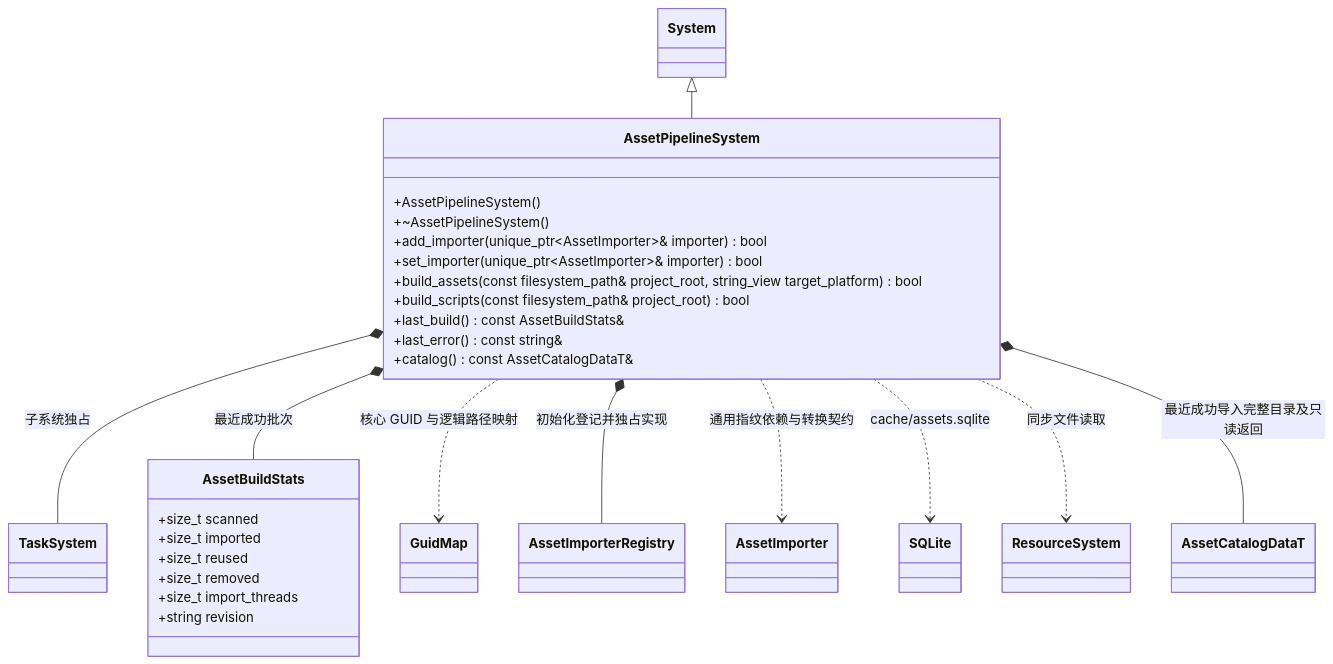
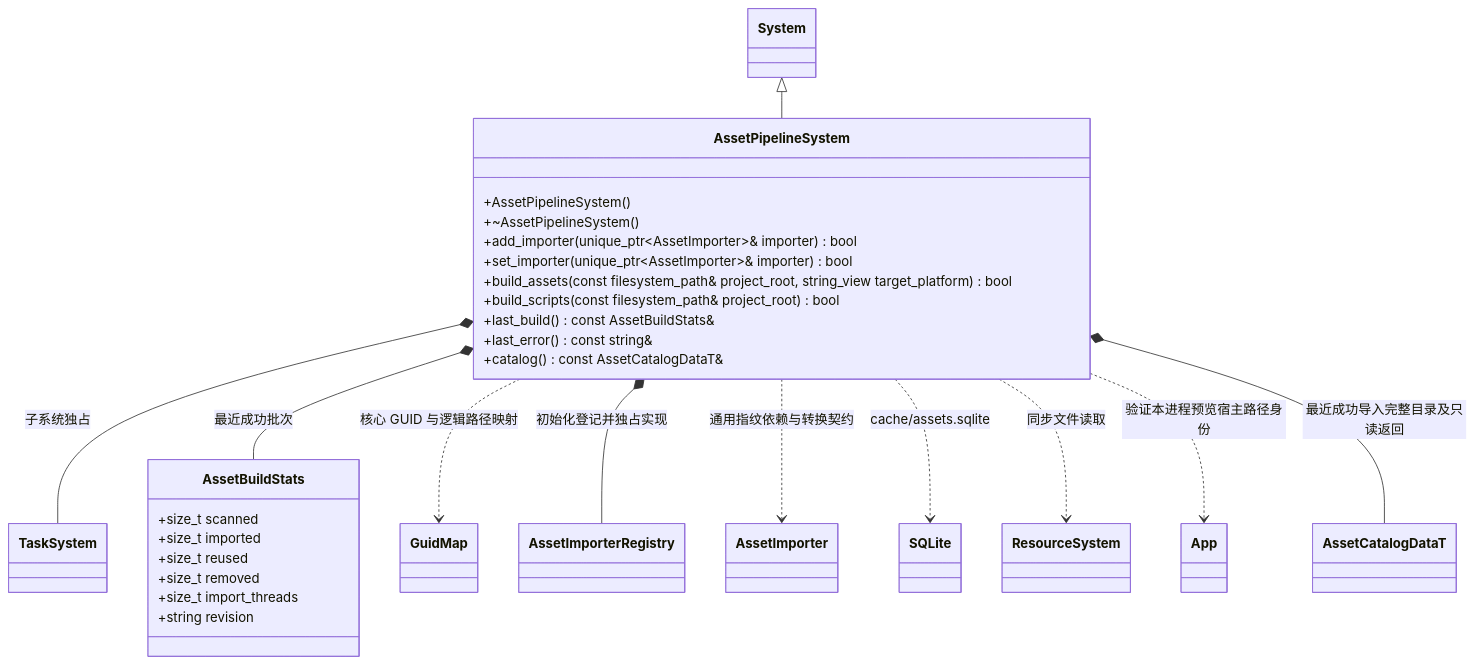
The diagram in docs/editor/class-diagrams/asset-pipeline-system.md (lcals/Engine), drawn with Mermaid before and after one commit. The commit also changed other lines of this file and 93 other files, not shown here.

````diff
--- a/docs/editor/class-diagrams/asset-pipeline-system.md
+++ b/docs/editor/class-diagrams/asset-pipeline-system.md
@@ -7,39 +7,41 @@
 ```mermaid
 classDiagram
     class System
     class AssetPipelineSystem {
         +AssetPipelineSystem()
         +~AssetPipelineSystem()
         +add_importer(unique_ptr~AssetImporter~& importer) bool
         +set_importer(unique_ptr~AssetImporter~& importer) bool
         +build_assets(const filesystem_path& project_root, string_view target_platform) bool
         +build_scripts(const filesystem_path& project_root) bool
         +last_build() const AssetBuildStats&
         +last_error() const string&
         +catalog() const AssetCatalogDataT&
     }
     class AssetBuildStats {
         +size_t scanned
         +size_t imported
         +size_t reused
         +size_t removed
         +size_t import_threads
         +string revision
     }
     class TaskSystem
     class GuidMap
     class AssetImporterRegistry
     class AssetImporter
     class SQLite
     class ResourceSystem
+    class App
     class AssetCatalogDataT
     System <|-- AssetPipelineSystem
     AssetPipelineSystem *-- TaskSystem : 子系统独占
     AssetPipelineSystem *-- AssetBuildStats : 最近成功批次
     AssetPipelineSystem ..> GuidMap : 核心 GUID 与逻辑路径映射
     AssetPipelineSystem *-- AssetImporterRegistry : 初始化登记并独占实现
     AssetPipelineSystem ..> AssetImporter : 通用指纹依赖与转换契约
     AssetPipelineSystem ..> SQLite : cache/assets.sqlite
     AssetPipelineSystem ..> ResourceSystem : 同步文件读取
+    AssetPipelineSystem ..> App : 验证本进程预览宿主路径身份
     AssetPipelineSystem *-- AssetCatalogDataT : 最近成功导入完整目录及只读返回
 ```
````
